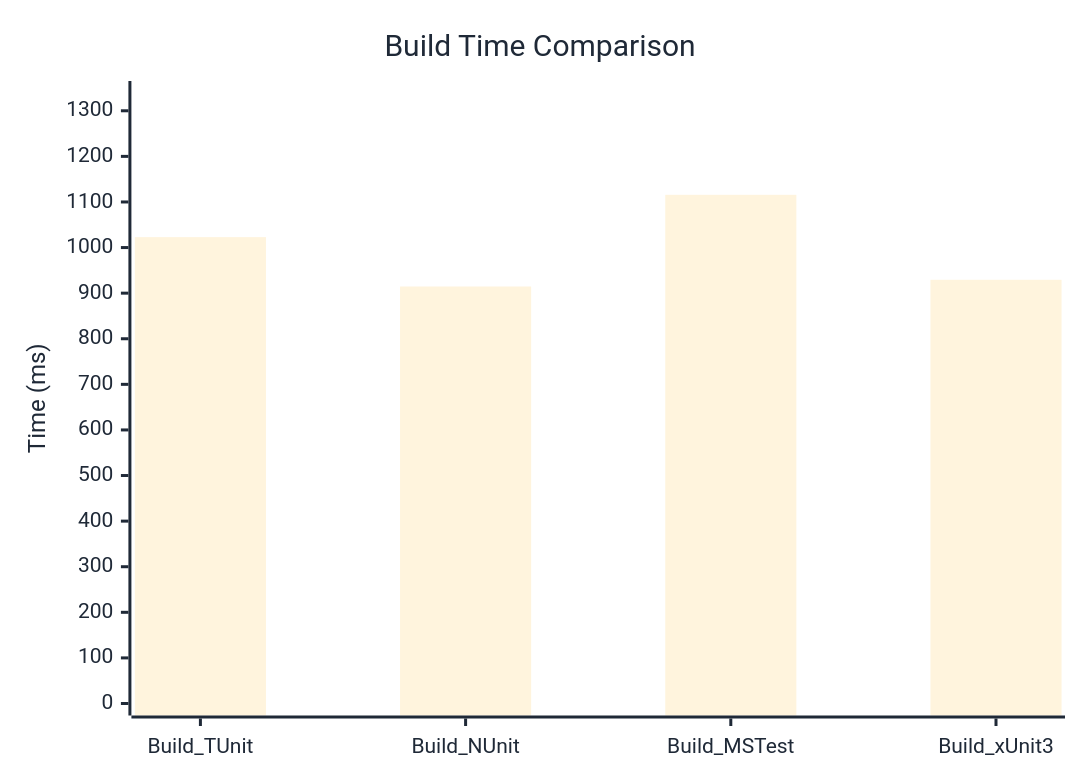
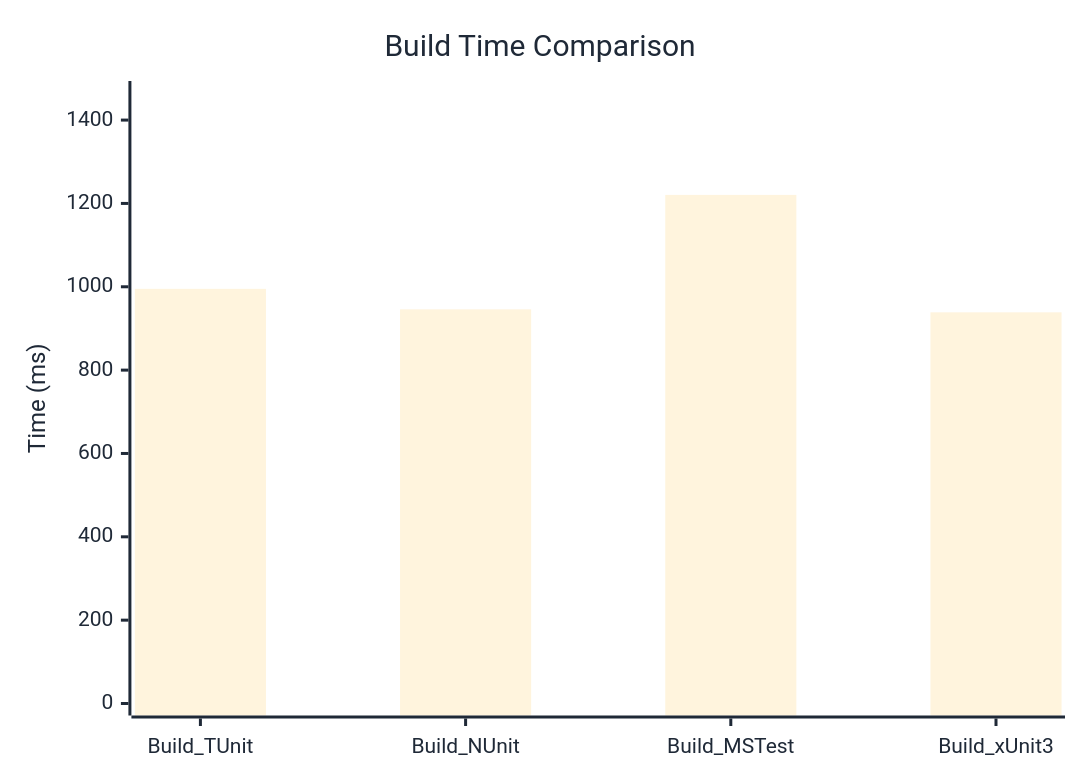
Before and after one commit to thomhurst/TUnit: the diagram in docs/docs/benchmarks/engine/BuildTime.md, drawn with Mermaid. The commit also changed other lines of this file and 18 other files, not shown here.

````diff
--- a/docs/docs/benchmarks/engine/BuildTime.md
+++ b/docs/docs/benchmarks/engine/BuildTime.md
@@ -30,37 +30,37 @@
 ```mermaid
 %%{init: {
   'theme':'base',
   'themeVariables': {
     'primaryColor': '#2563eb',
     'primaryTextColor': '#1f2937',
     'primaryBorderColor': '#1e40af',
     'lineColor': '#6b7280',
     'secondaryColor': '#7c3aed',
     'tertiaryColor': '#dc2626',
     'background': '#ffffff',
     'mainBkg': '#2563eb',
     'secondBkg': '#7c3aed',
     'tertiaryBkg': '#dc2626',
     'clusterBkg': '#f3f4f6',
     'edgeLabelBackground': '#ffffff',
     'tertiaryTextColor': '#1f2937',
     'pie1': '#2563eb',
     'pie2': '#7c3aed',
     'pie3': '#dc2626',
     'pie4': '#f59e0b',
     'pie5': '#10b981',
     'pie6': '#06b6d4',
     'pie7': '#ec4899',
     'pie8': '#6366f1',
     'pie9': '#84cc16',
     'pie10': '#f97316',
     'pie11': '#14b8a6',
     'pie12': '#a855f7'
   }
 }}%%
 xychart-beta
   title "Build Time Comparison"
   x-axis ["Build_TUnit", "Build_NUnit", "Build_MSTest", "Build_xUnit3"]
-  y-axis "Time (ms)" 0 --> 1339
-  bar [1022.9, 914.6, 1115.7, 929.3]
+  y-axis "Time (ms)" 0 --> 1465
+  bar [995, 945.9, 1220.5, 938.7]
 ```
````
